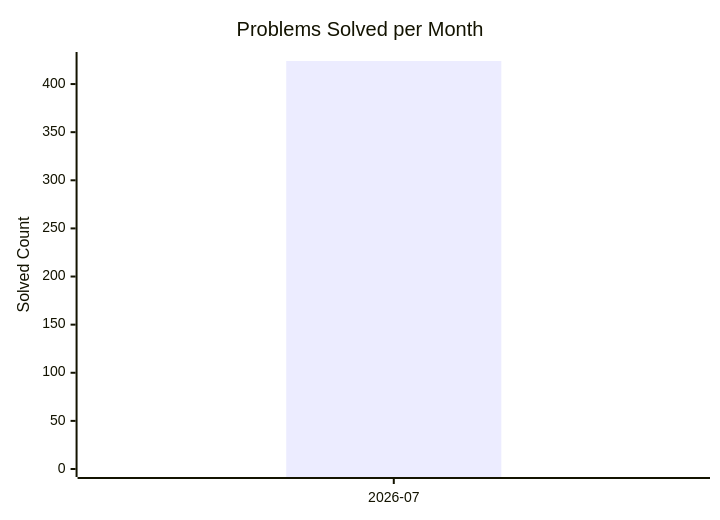
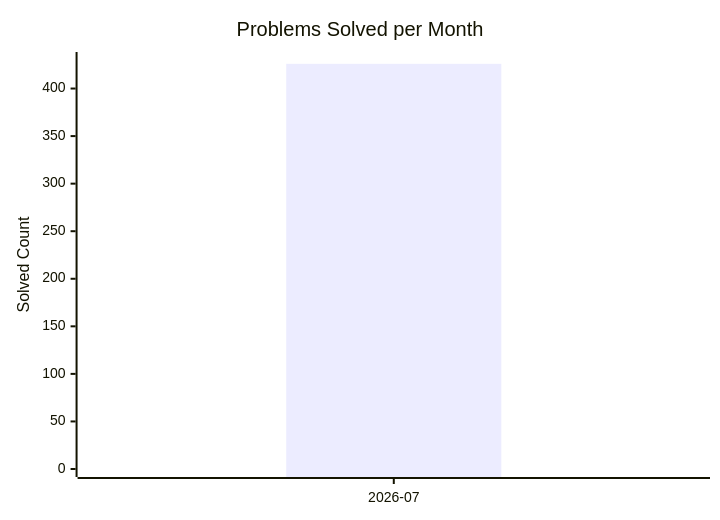
One commit to AdityaPandey-DEV/CP-Progress-Sync changed the diagram in dashboard.md. Above: the diagram before and after it, drawn with Mermaid. The commit also changed other lines of this file, not shown here.

Commit message:
Auto-update CP dashboard [skip ci]

````diff
--- a/dashboard.md
+++ b/dashboard.md
@@ -8,8 +8,8 @@
 ```mermaid
 xychart-beta
     title "Problems Solved per Month"
     x-axis ["2026-07"]
-    y-axis "Solved Count" 0 --> 425
-    bar [424]
-    line [424]
+    y-axis "Solved Count" 0 --> 430
+    bar [426]
+    line [426]
 ```
````
